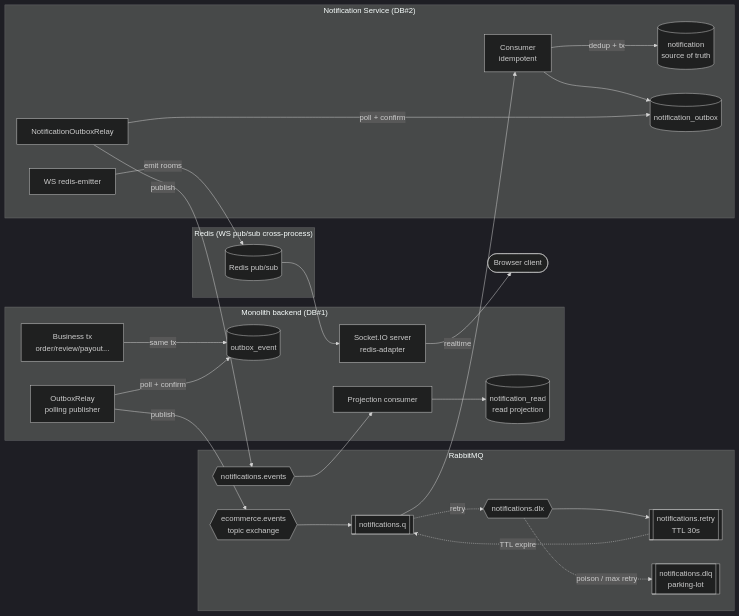
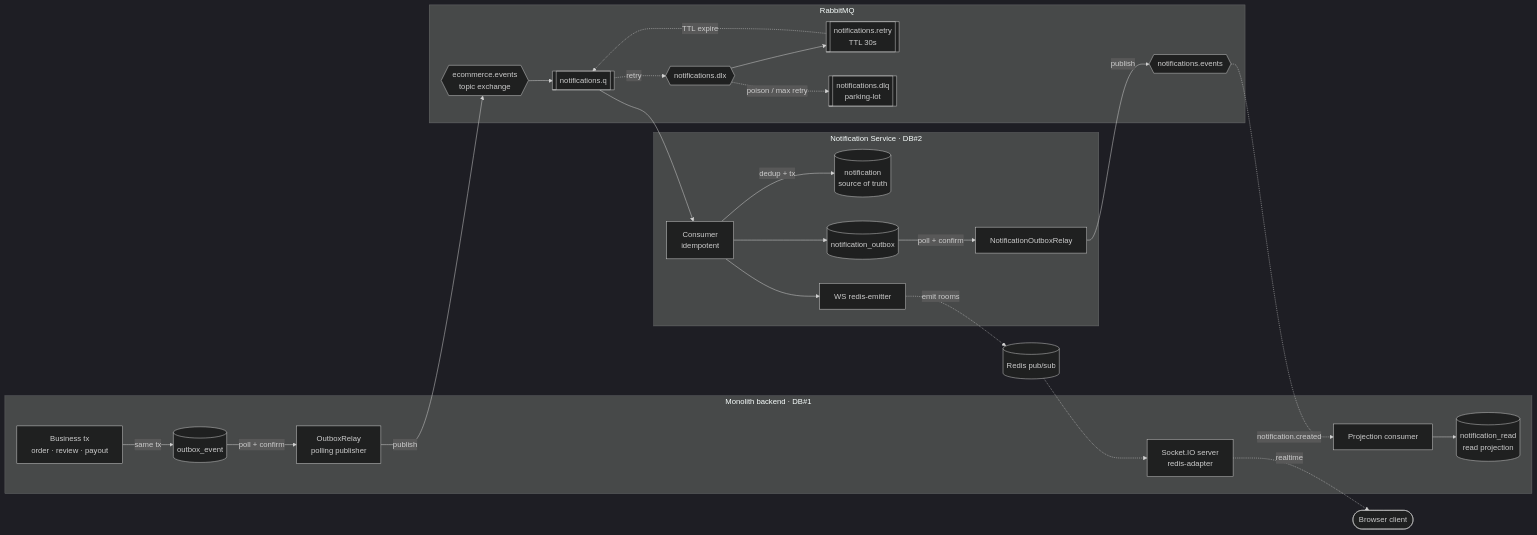
Before and after one commit to chaugiakhang193/fullstack-multi-vendor-ecommerce: the second of 4 diagrams in README.md, drawn with Mermaid (dark theme). The commit also changed other lines of this file, not shown here.

Commit message:
400. docs: untangle the notification flow diagram
The layout was fighting the graph rather than showing it. WS redis-emitter
had no inbound edge at all, so it floated free inside its own subgraph -
a real gap, since the consumer is what drives it. Both relays pointed
backwards at the outbox tables they read, against the direction of every
other arrow. Browser client was declared inline at the tail of an edge
chain instead of as a node, and Redis sat alone inside a subgraph wrapper
that existed only to hold it.

Add the missing consumer-to-emitter edge, turn the relay reads around so
data flows one way, declare both loose nodes properly, and drop the
single-node subgraph. Split the chained edge runs so each hop is its own
line, and quote every label - several carried slashes and ellipses
unquoted.

Return paths are now dotted and called out in a lead-in line, so the two
edges that necessarily run against a left-to-right chart read as
deliberate rather than as crossings.

````diff
--- a/README.md
+++ b/README.md
@@ -142,46 +144,51 @@
 ```mermaid
 flowchart LR
-    subgraph Monolith["Monolith backend (DB#1)"]
-        BIZ[Business tx<br/>order/review/payout...]
-        OBX[(outbox_event)]
-        RELAY[OutboxRelay<br/>polling publisher]
-        PROJ[Projection consumer]
-        NREAD[(notification_read<br/>read projection)]
-        WSSRV[Socket.IO server<br/>redis-adapter]
-        BIZ -->|same tx| OBX
-        RELAY -->|poll + confirm| OBX
+    subgraph Monolith["Monolith backend · DB#1"]
+        BIZ["Business tx<br/>order · review · payout"]
+        OBX[("outbox_event")]
+        RELAY["OutboxRelay<br/>polling publisher"]
+        PROJ["Projection consumer"]
+        NREAD[("notification_read<br/>read projection")]
+        WSSRV["Socket.IO server<br/>redis-adapter"]
+        BIZ -->|"same tx"| OBX
+        OBX -->|"poll + confirm"| RELAY
         PROJ --> NREAD
     end
 
     subgraph Broker["RabbitMQ"]
-        EX{{ecommerce.events<br/>topic exchange}}
-        Q[[notifications.q]]
-        NEX{{notifications.events}}
-        DLX{{notifications.dlx}}
-        RQ[[notifications.retry<br/>TTL 30s]]
-        DLQ[[notifications.dlq<br/>parking-lot]]
+        EX{{"ecommerce.events<br/>topic exchange"}}
+        Q[["notifications.q"]]
+        DLX{{"notifications.dlx"}}
+        RQ[["notifications.retry<br/>TTL 30s"]]
+        DLQ[["notifications.dlq<br/>parking-lot"]]
+        NEX{{"notifications.events"}}
         EX --> Q
-        Q -.retry.-> DLX --> RQ -.TTL expire.-> Q
-        DLX -.poison / max retry.-> DLQ
+        Q -.->|"retry"| DLX
+        DLX --> RQ
+        RQ -.->|"TTL expire"| Q
+        DLX -.->|"poison / max retry"| DLQ
     end
 
-    subgraph NS["Notification Service (DB#2)"]
-        CONS[Consumer<br/>idempotent]
-        NOTIF[(notification<br/>source of truth)]
-        NOBX[(notification_outbox)]
-        NRELAY[NotificationOutboxRelay]
-        EMIT[WS redis-emitter]
-        CONS -->|dedup + tx| NOTIF
+    subgraph NS["Notification Service · DB#2"]
+        CONS["Consumer<br/>idempotent"]
+        NOTIF[("notification<br/>source of truth")]
+        NOBX[("notification_outbox")]
+        NRELAY["NotificationOutboxRelay"]
+        EMIT["WS redis-emitter"]
+        CONS -->|"dedup + tx"| NOTIF
         CONS --> NOBX
-        NRELAY -->|poll + confirm| NOBX
+        CONS --> EMIT
+        NOBX -->|"poll + confirm"| NRELAY
     end
 
-    subgraph RedisLane["Redis (WS pub/sub cross-process)"]
-        REDIS[(Redis pub/sub)]
-    end
+    REDIS[("Redis pub/sub")]
+    CLIENT(["Browser client"])
 
-    RELAY -->|publish| EX
+    RELAY -->|"publish"| EX
     Q --> CONS
-    NRELAY -->|publish| NEX --> PROJ
-    EMIT -->|emit rooms| REDIS --> WSSRV -->|realtime| CLIENT([Browser client])
+    NRELAY -->|"publish"| NEX
+    NEX -.->|"notification.created"| PROJ
+    EMIT -.->|"emit rooms"| REDIS
+    REDIS -.-> WSSRV
+    WSSRV -.->|"realtime"| CLIENT
 ```
````
